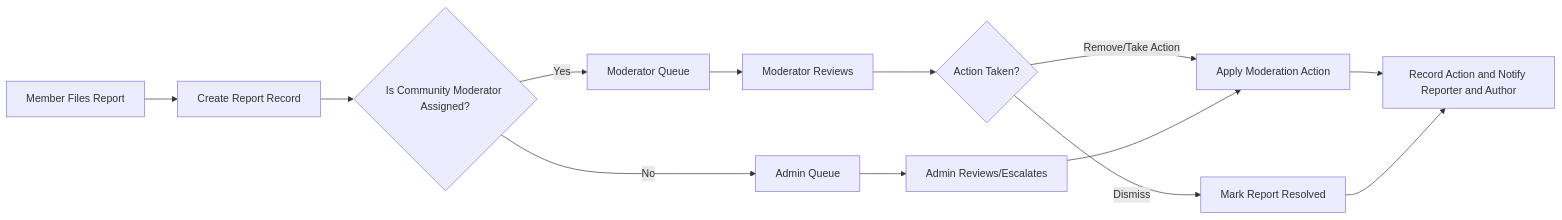
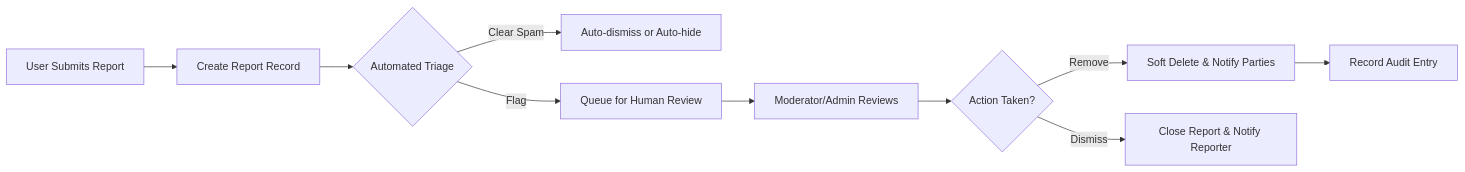
Before and after one commit to wrtnlabs/autobe-examples: the third of 3 diagrams in openai/gpt-5-mini/reddit/docs/analysis/00-toc.md, drawn with Mermaid. The commit also changed other lines of this file and 16146 other files, not shown here.

````diff
--- a/openai/gpt-5-mini/reddit/docs/analysis/00-toc.md
+++ b/openai/gpt-5-mini/reddit/docs/analysis/00-toc.md
@@ -167,15 +195,12 @@
 ```mermaid
 graph LR
-  A["Member Files Report"] --> B["Create Report Record"]
-  B --> C{"Is Community Moderator Assigned?"}
-  C -->|"Yes"| D["Moderator Queue"]
-  C -->|"No"| E["Admin Queue"]
-  D --> F["Moderator Reviews"]
+  A["User Submits Report"] --> B["Create Report Record"]
+  B --> C{"Automated Triage"}
+  C -->|"Clear Spam"| D["Auto-dismiss or Auto-hide"]
+  C -->|"Flag"| E["Queue for Human Review"]
+  E --> F["Moderator/Admin Reviews"]
   F --> G{"Action Taken?"}
-  G -->|"Remove/Take Action"| H["Apply Moderation Action"]
-  G -->|"Dismiss"| I["Mark Report Resolved"]
-  H --> J["Record Action and Notify Reporter and Author"]
-  I --> J
-  E --> K["Admin Reviews/Escalates"]
-  K --> H
+  G -->|"Remove"| H["Soft Delete & Notify Parties"]
+  G -->|"Dismiss"| I["Close Report & Notify Reporter"]
+  H --> J["Record Audit Entry"]
 ```
````
